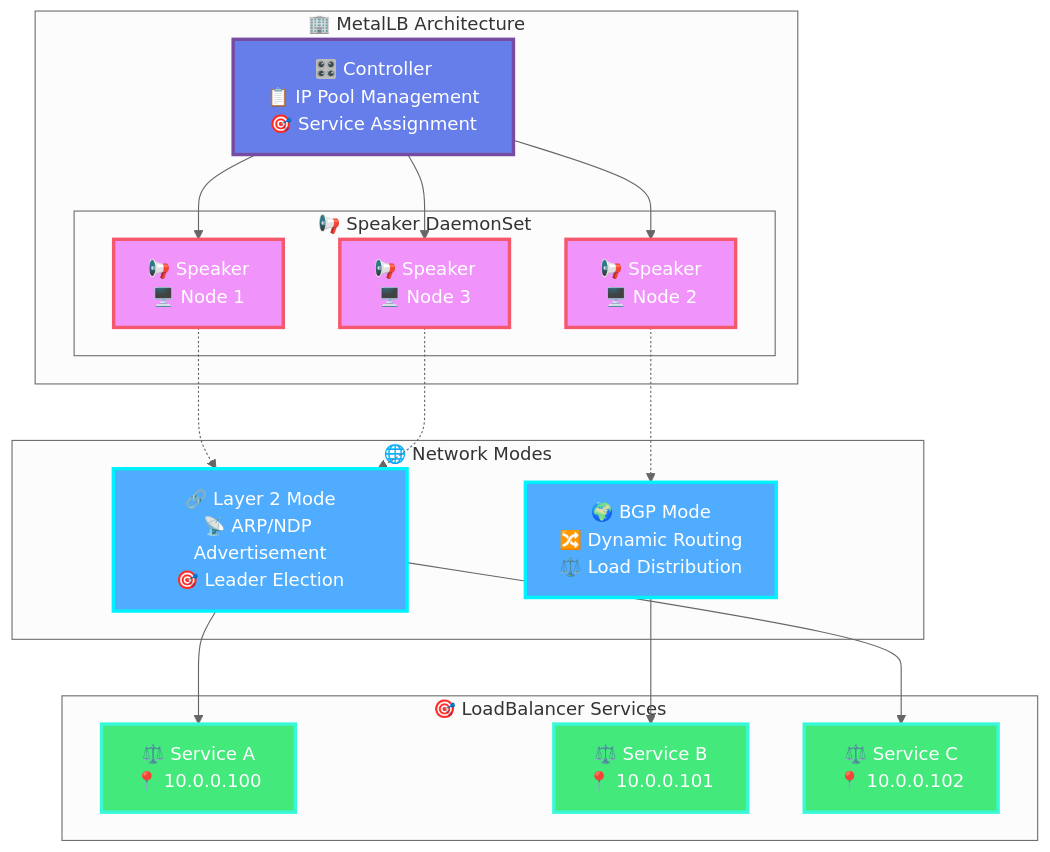
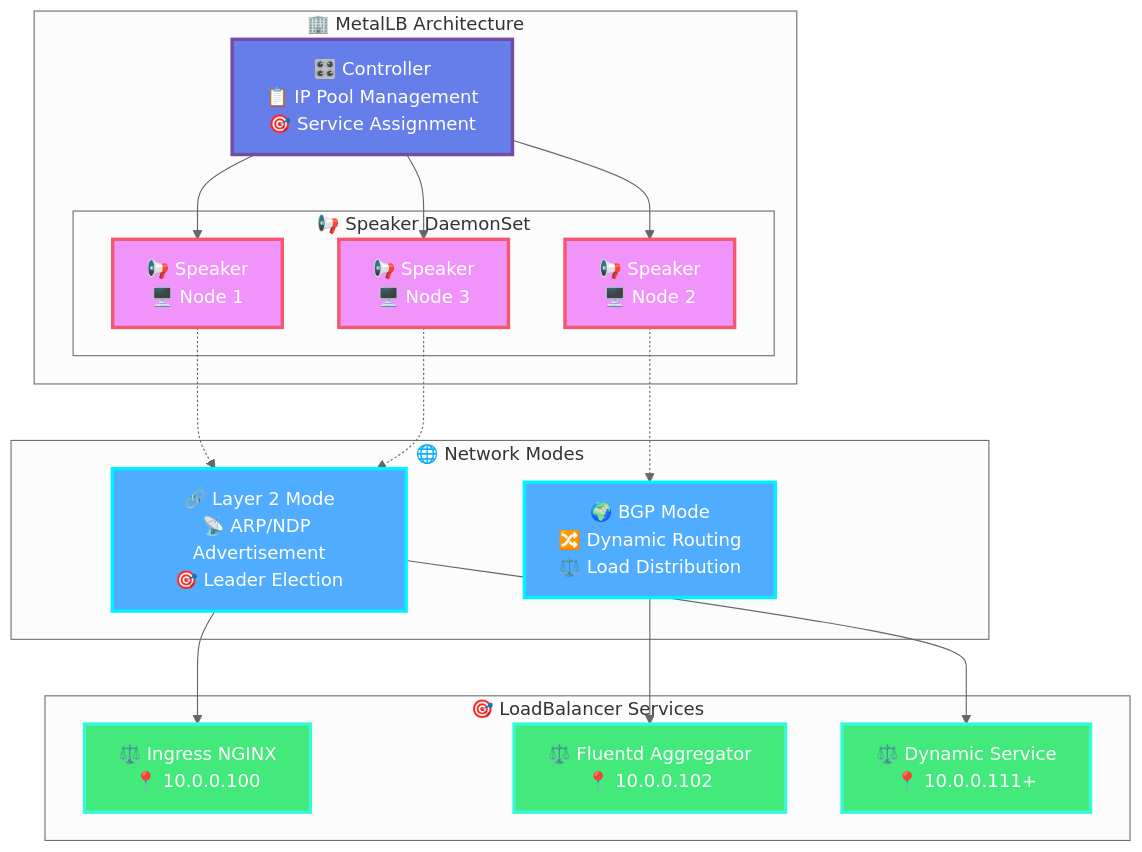
One commit to AElQazouiInsights/pikube-kubernetes-service changed the diagram in docs/5-networking/2-load-balancer-metal-lb.md. Above: the diagram before and after it, drawn with Mermaid (neutral theme). The commit also changed other lines of this file and 8 other files, not shown here.

````diff
--- a/docs/5-networking/2-load-balancer-metal-lb.md
+++ b/docs/5-networking/2-load-balancer-metal-lb.md
@@ -100,45 +100,45 @@
 ```mermaid
 graph TB
     subgraph "🏢 MetalLB Architecture"
         Controller["🎛️ Controller<br/>📋 IP Pool Management<br/>🎯 Service Assignment"]
-        
+
         subgraph "📢 Speaker DaemonSet"
             Speaker1["📢 Speaker<br/>🖥️ Node 1"]
             Speaker2["📢 Speaker<br/>🖥️ Node 2"]
             Speaker3["📢 Speaker<br/>🖥️ Node 3"]
         end
     end
-    
+
     subgraph "🌐 Network Modes"
         L2["🔗 Layer 2 Mode<br/>📡 ARP/NDP Advertisement<br/>🎯 Leader Election"]
         BGP["🌍 BGP Mode<br/>🔀 Dynamic Routing<br/>⚖️ Load Distribution"]
     end
-    
+
     subgraph "🎯 LoadBalancer Services"
-        Service1["⚖️ Service A<br/>📍 10.0.0.100"]
-        Service2["⚖️ Service B<br/>📍 10.0.0.101"]
-        Service3["⚖️ Service C<br/>📍 10.0.0.102"]
+        Service1["⚖️ Ingress NGINX<br/>📍 10.0.0.100"]
+        Service2["⚖️ Fluentd Aggregator<br/>📍 10.0.0.102"]
+        Service3["⚖️ Dynamic Service<br/>📍 10.0.0.111+"]
     end
-    
+
     Controller --> Speaker1
     Controller --> Speaker2
     Controller --> Speaker3
-    
+
     Speaker1 -.-> L2
     Speaker2 -.-> BGP
     Speaker3 -.-> L2
-    
+
     L2 --> Service1
     BGP --> Service2
     L2 --> Service3
-    
+
     classDef controllerStyle fill:#667eea,stroke:#764ba2,stroke-width:3px,color:#fff
     classDef speakerStyle fill:#f093fb,stroke:#f5576c,stroke-width:3px,color:#fff
     classDef modeStyle fill:#4facfe,stroke:#00f2fe,stroke-width:3px,color:#fff
     classDef serviceStyle fill:#43e97b,stroke:#38f9d7,stroke-width:3px,color:#fff
-    
+
     class Controller controllerStyle
     class Speaker1,Speaker2,Speaker3 speakerStyle
     class L2,BGP modeStyle
     class Service1,Service2,Service3 serviceStyle
 ```
````
